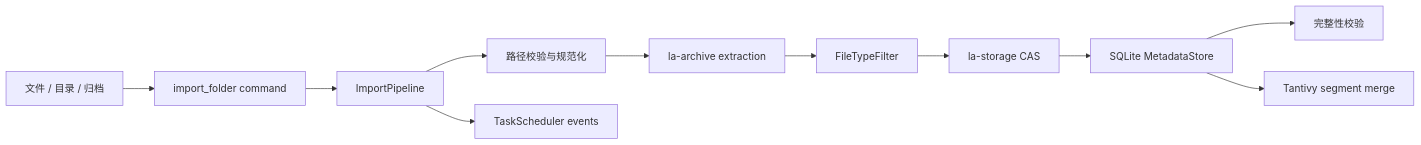
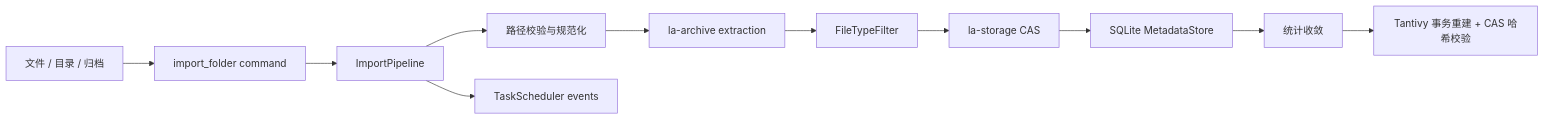
The diagram in docs/architecture/import.md (ashllll/log-analyzer_rust), drawn with Mermaid before and after one commit. The commit also changed other lines of this file and 6 other files, not shown here.

````diff
--- a/docs/architecture/import.md
+++ b/docs/architecture/import.md
@@ -5,13 +5,13 @@
 ```mermaid
 flowchart LR
   SOURCE[文件 / 目录 / 归档] --> CMD[import_folder command]
   CMD --> PIPE[ImportPipeline]
   PIPE --> SAFE[路径校验与规范化]
   SAFE --> EXTRACT[la-archive extraction]
   EXTRACT --> FILTER[FileTypeFilter]
   FILTER --> CAS[la-storage CAS]
   CAS --> META[SQLite MetadataStore]
-  META --> VERIFY[完整性校验]
-  META --> INDEX[Tantivy segment merge]
+  META --> STATS[统计收敛]
+  STATS --> INDEX[Tantivy 事务重建 + CAS 哈希校验]
   PIPE --> TASK[TaskScheduler events]
 ```
````
